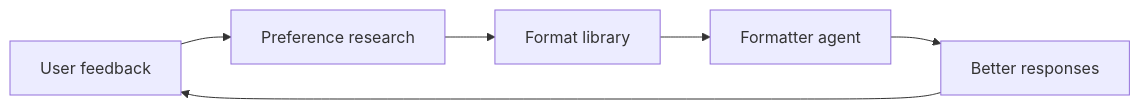
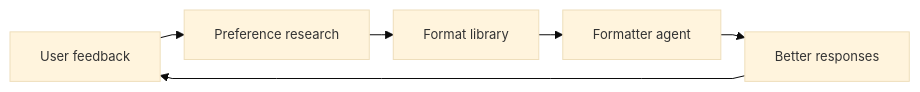
The eighth of 10 diagrams in docs/diagrams.md (Hassaan146/agentic-ai-workflow), drawn with Mermaid before and after one commit. The commit also changed other lines of this file, not shown here.

Commit message:
Prevent PDF diagram clipping

````diff
--- a/docs/diagrams.md
+++ b/docs/diagrams.md
@@ -134,8 +189,9 @@
 ```mermaid
+%%{init: {'theme': 'base', 'flowchart': {'nodeSpacing': 18, 'rankSpacing': 24, 'curve': 'linear'}, 'themeVariables': {'fontSize': '13px'}}}%%
 flowchart LR
     A["User feedback"] --> B["Preference research"]
     B --> C["Format library"]
     C --> D["Formatter agent"]
     D --> E["Better responses"]
     E --> A
 ```
````
